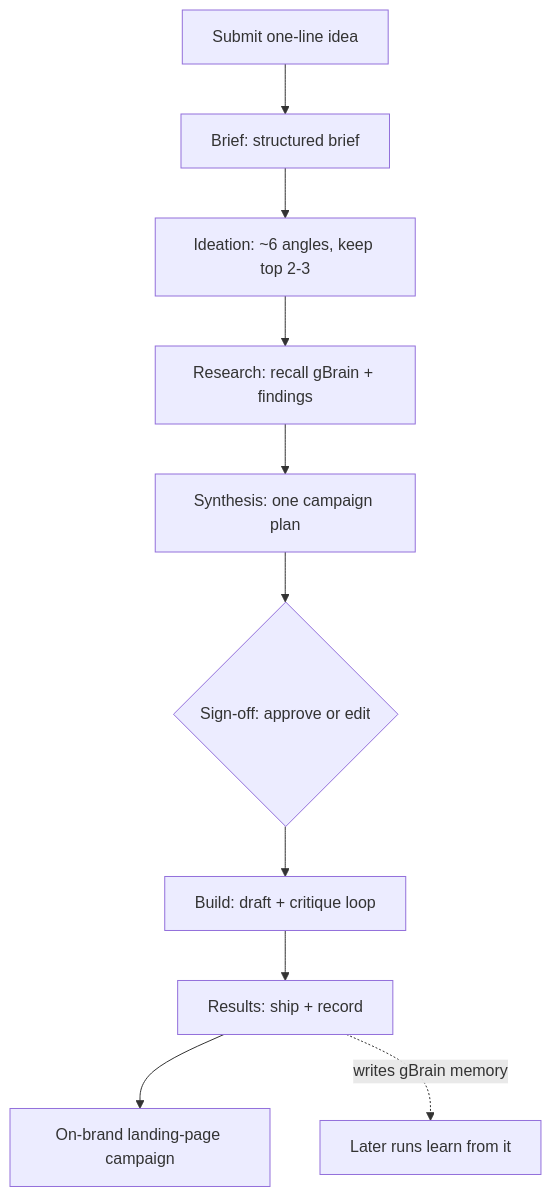
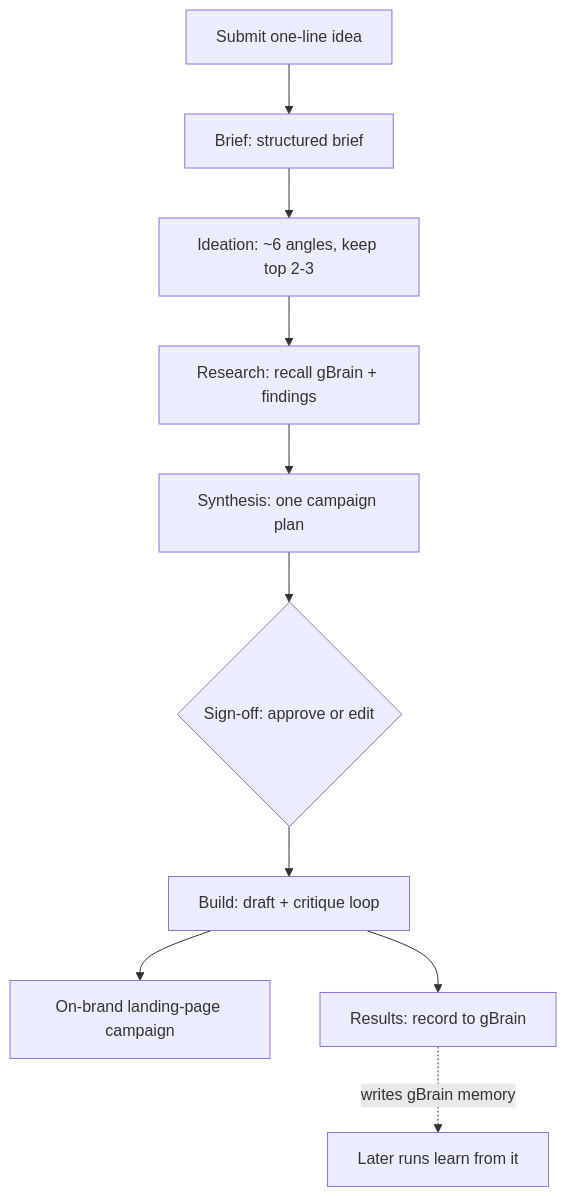
Before and after one commit to captain-corgi/go-adk-example: the diagram in docs/business/campaign-flow.md, drawn with Mermaid. The commit also changed other lines of this file and 4 other files, not shown here.

````diff
--- a/docs/business/campaign-flow.md
+++ b/docs/business/campaign-flow.md
@@ -26,12 +27,12 @@
 ```mermaid
 flowchart TD
     Idea[Submit one-line idea] --> Brief[Brief: structured brief]
     Brief --> Ideation[Ideation: ~6 angles, keep top 2-3]
     Ideation --> Research[Research: recall gBrain + findings]
     Research --> Synthesis[Synthesis: one campaign plan]
     Synthesis --> Signoff{"Sign-off: approve or edit"}
     Signoff --> Build[Build: draft + critique loop]
-    Build --> Results[Results: ship + record]
-    Results --> Ship[On-brand landing-page campaign]
+    Build --> Ship[On-brand landing-page campaign]
+    Build --> Results[Results: record to gBrain]
     Results -.->|"writes gBrain memory"| Later[Later runs learn from it]
 ```
````
